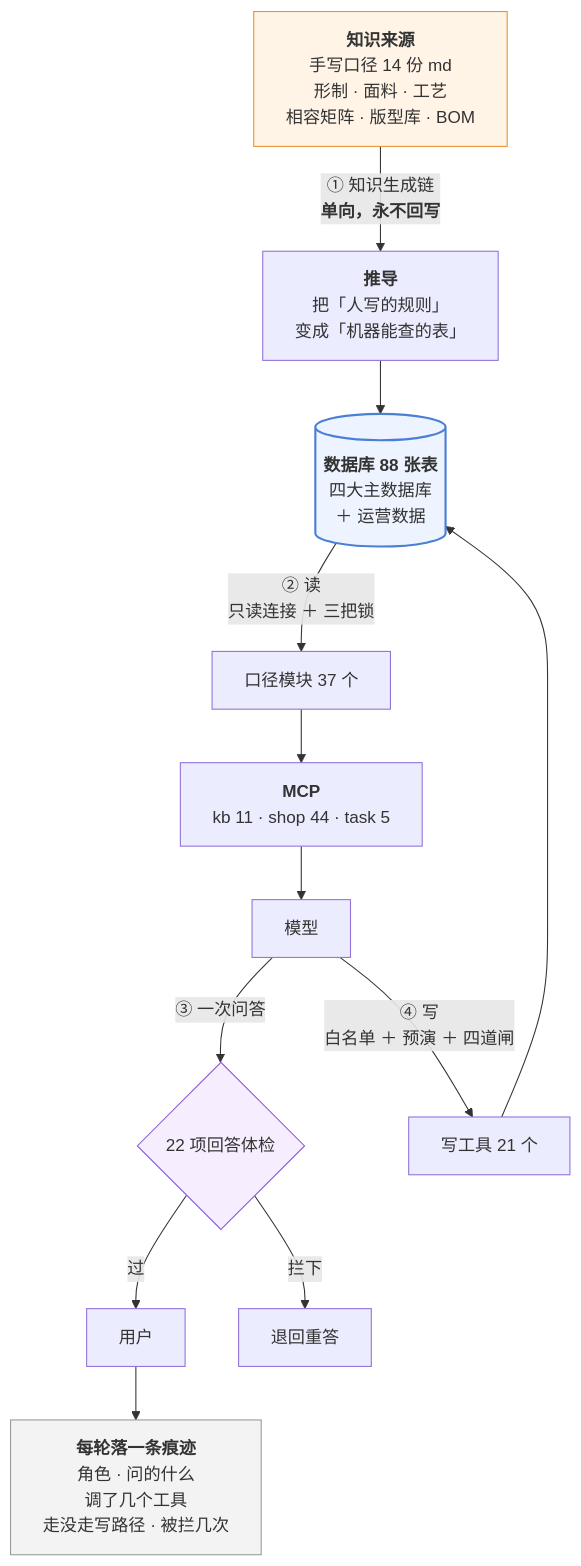
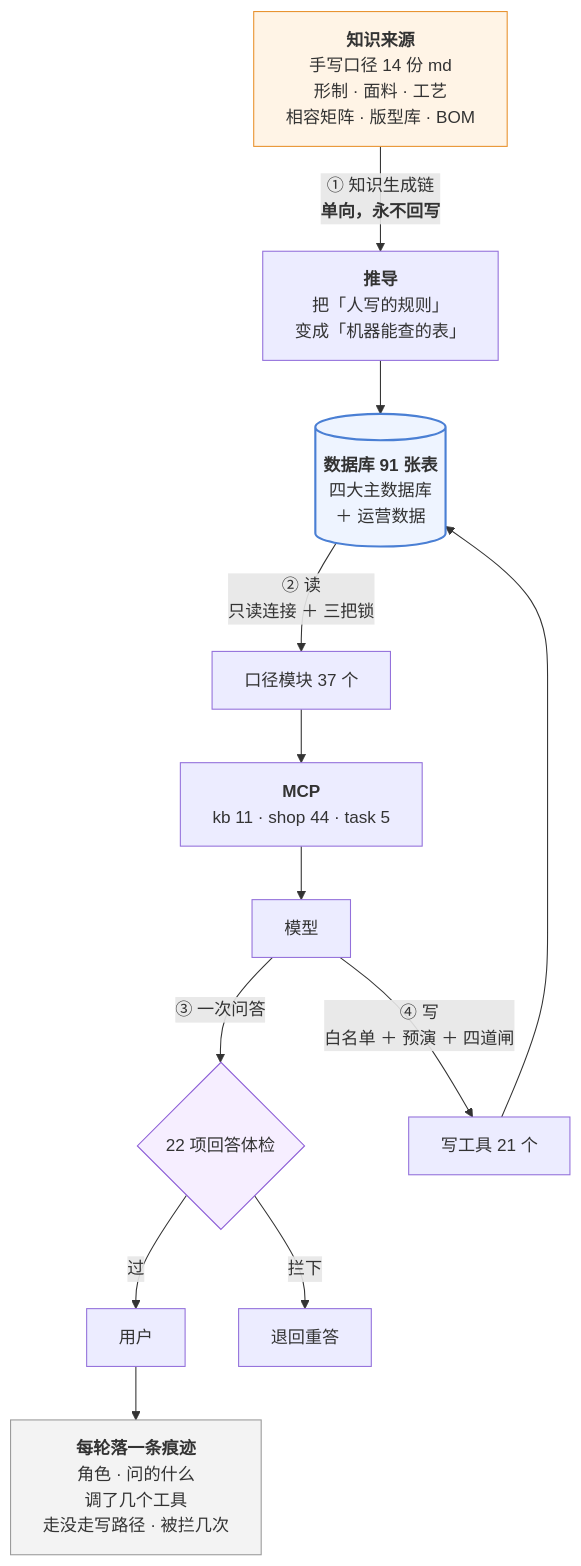
The third of 3 diagrams in 澜绣云裳agent-产品说明.md (843773296-rgb/lanxiu-yunshang-agent), drawn with Mermaid before and after one commit. The commit also changed other lines of this file and 10 other files, not shown here.

````diff
--- a/澜绣云裳agent-产品说明.md
+++ b/澜绣云裳agent-产品说明.md
@@ -843,24 +843,24 @@
 ```mermaid
 flowchart TD
     MD["<b>知识来源</b><br/>手写口径 14 份 md<br/>形制 · 面料 · 工艺<br/>相容矩阵 · 版型库 · BOM"]
     MD -->|"① 知识生成链<br/><b>单向，永不回写</b>"| DV["<b>推导</b><br/>把「人写的规则」<br/>变成「机器能查的表」"]
-    DV --> DB[("<b>数据库 88 张表</b><br/>四大主数据库<br/>＋ 运营数据")]
+    DV --> DB[("<b>数据库 91 张表</b><br/>四大主数据库<br/>＋ 运营数据")]
 
     DB -->|"② 读<br/>只读连接 ＋ 三把锁"| KJ["口径模块 37 个"]
     KJ --> MCP["<b>MCP</b><br/>kb 11 · shop 44 · task 5"]
     MCP --> LLM["模型"]
 
     LLM -->|"③ 一次问答"| GD{"22 项回答体检"}
     GD -- 过 --> U["用户"]
     GD -- 拦下 --> RE["退回重答"]
 
     LLM -->|"④ 写<br/>白名单 ＋ 预演 ＋ 四道闸"| W["写工具 21 个"]
     W --> DB
 
     U --> TR["<b>每轮落一条痕迹</b><br/>角色 · 问的什么<br/>调了几个工具<br/>走没走写路径 · 被拦几次"]
 
     style MD fill:#fff4e6,stroke:#e8912d
     style DB fill:#eef4ff,stroke:#4a7fd4,stroke-width:2px
     style GD fill:#f6eeff,stroke:#8b5cd6
     style TR fill:#f3f3f3,stroke:#999
 ```
````
